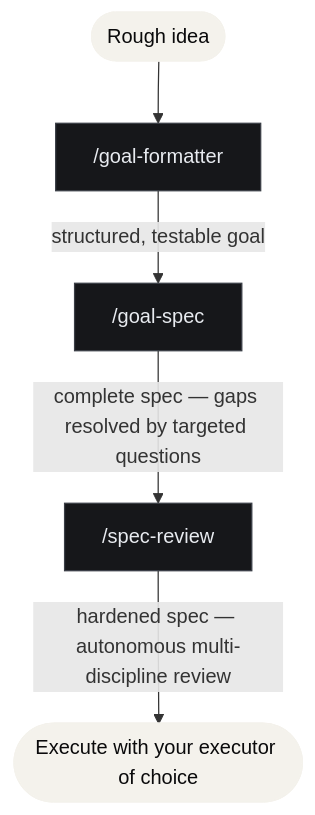
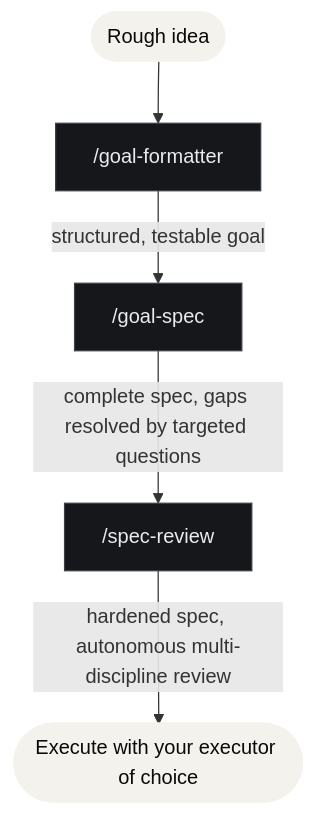
The diagram in README.md (jgsystemsconsulting/jgs-goal-spec), drawn with Mermaid before and after one commit. The commit also changed other lines of this file and 15 other files, not shown here.

````diff
--- a/README.md
+++ b/README.md
@@ -15,11 +15,11 @@
 ```mermaid
 flowchart TD
     A([Rough idea]) --> B["/goal-formatter"]
     B -->|"structured, testable goal"| C["/goal-spec"]
-    C -->|"complete spec — gaps resolved by targeted questions"| D["/spec-review"]
-    D -->|"hardened spec — autonomous multi-discipline review"| E([Execute with your executor of choice])
+    C -->|"complete spec, gaps resolved by targeted questions"| D["/spec-review"]
+    D -->|"hardened spec, autonomous multi-discipline review"| E([Execute with your executor of choice])
     classDef skill fill:#16171a,stroke:#3a3e46,color:#e8ebf0;
     classDef bookend fill:#f4f2ec,stroke:#f4f2ec,color:#0a0a0b;
     class B,C,D skill;
     class A,E bookend;
 ```
````
